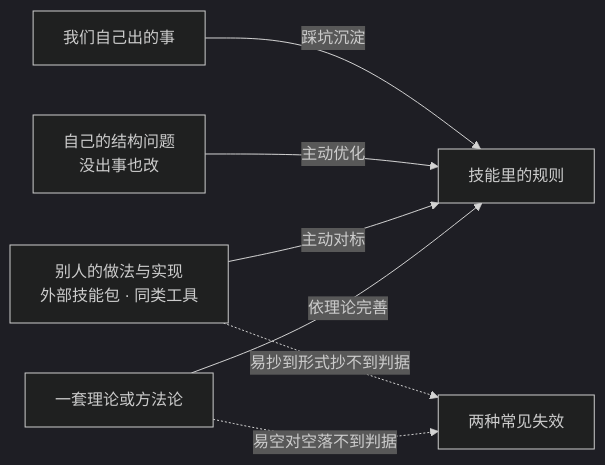
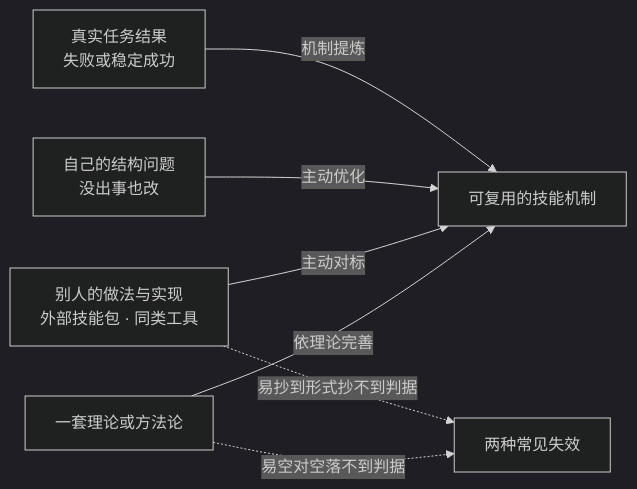
The second of 2 diagrams in docs/skills-theory-foundations.md (ccoalm/ccl-skills), drawn with Mermaid (dark theme) before and after one commit. The commit also changed other lines of this file and 10 other files, not shown here.

````diff
--- a/docs/skills-theory-foundations.md
+++ b/docs/skills-theory-foundations.md
@@ -130,9 +127,9 @@
 ```mermaid
 flowchart LR
-  S1["我们自己出的事"] -->|踩坑沉淀| R["技能里的规则"]
+  S1["真实任务结果<br/>失败或稳定成功"] -->|机制提炼| R["可复用的技能机制"]
   S2["自己的结构问题<br/>没出事也改"] -->|主动优化| R
   S3["别人的做法与实现<br/>外部技能包 · 同类工具"] -->|主动对标| R
   S4["一套理论或方法论"] -->|依理论完善| R
   S3 -.易抄到形式抄不到判据.-> X["两种常见失效"]
   S4 -.易空对空落不到判据.-> X
 ```
````
